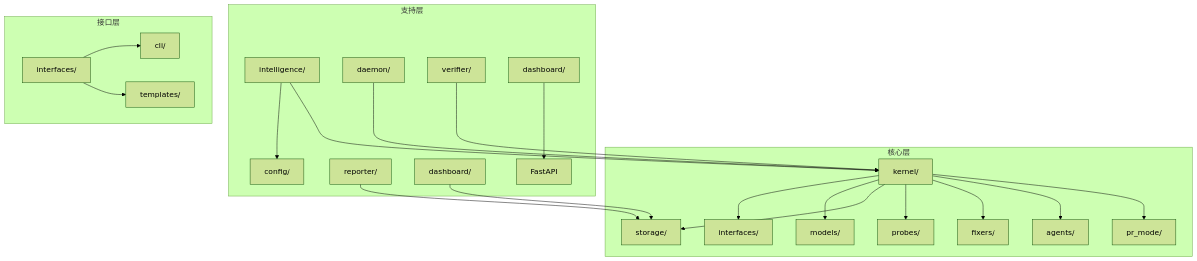
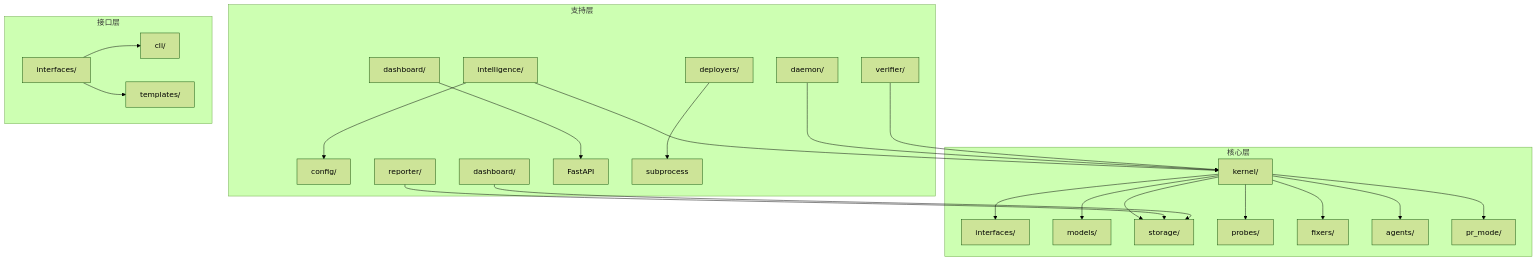
Before and after one commit to pinsonchen/vivify: the seventh of 7 diagrams in .qoder/repowiki/zh/content/技术实现参考/技术实现参考.md, drawn with Mermaid (forest theme). The commit also changed other lines of this file and 2 other files, not shown here.

````diff
--- a/.qoder/repowiki/zh/content/技术实现参考/技术实现参考.md
+++ b/.qoder/repowiki/zh/content/技术实现参考/技术实现参考.md
@@ -408,25 +511,26 @@
 ```mermaid
 graph TB
 subgraph "核心层"
 A["kernel/"] --> B["interfaces/"]
 A --> C["models/"]
 A --> D["storage/"]
 A --> E["probes/"]
 A --> F["fixers/"]
 A --> G["agents/"]
 A --> H["pr_mode/"]
 end
 subgraph "支持层"
 I["intelligence/"] --> J["config/"]
 I --> A
 K["daemon/"] --> A
 L["reporter/"] --> D
 M["verifier/"] --> A
 N["dashboard/"] --> D
 O["dashboard/"] --> P["FastAPI"]
+Q["deployers/"] --> R["subprocess"]
 end
 subgraph "接口层"
-Q["interfaces/"] --> R["cli/"]
-Q --> S["templates/"]
+S["interfaces/"] --> T["cli/"]
+S --> U["templates/"]
 end
 ```
````
